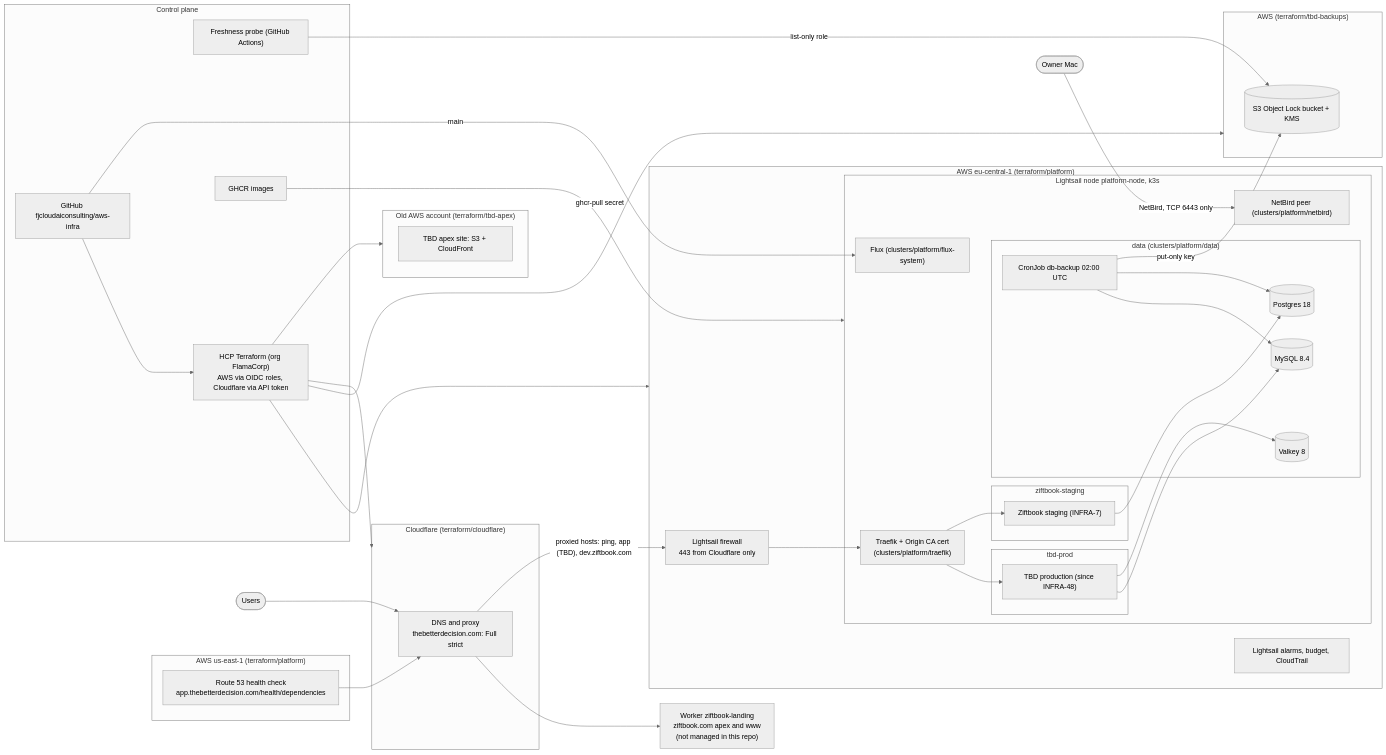
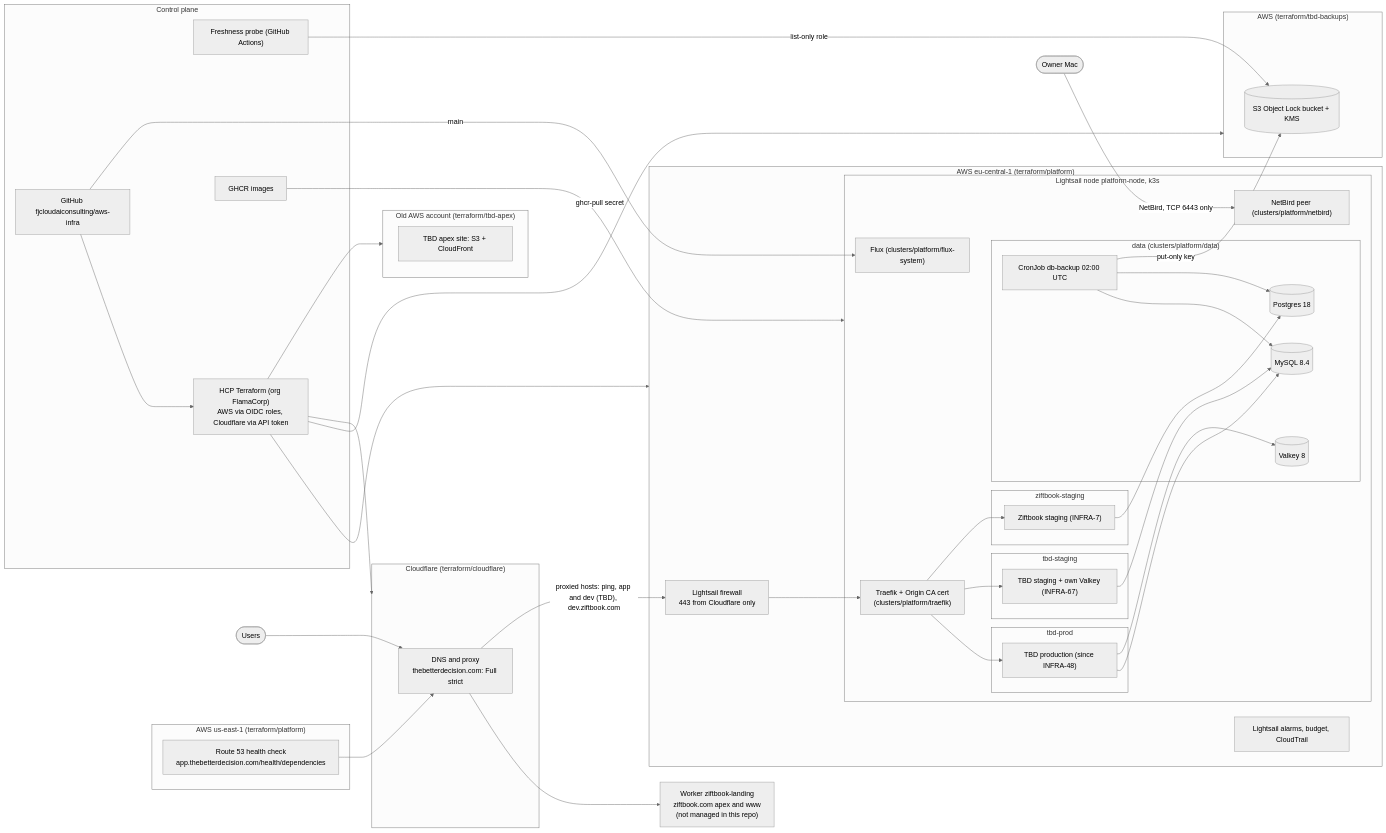
One commit to fjcloudaiconsulting/aws-infra changed the diagram in docs/architecture.md. Above: the diagram before and after it, drawn with Mermaid (neutral theme). The commit also changed other lines of this file and 16 other files, not shown here.

First line of the commit message:
feat(tbd-staging): TBD staging namespace at dev.thebetterdecision.com (INFRA-67) (#91)

````diff
--- a/docs/architecture.md
+++ b/docs/architecture.md
@@ -7,63 +7,67 @@
 ```mermaid
 flowchart LR
   user([Users]) --> cf
 
   subgraph cloudflare["Cloudflare (terraform/cloudflare)"]
     cf["DNS and proxy<br/>thebetterdecision.com: Full strict"]
   end
   worker["Worker ziftbook-landing<br/>ziftbook.com apex and www<br/>(not managed in this repo)"]
   cf --> worker
 
   subgraph aws_platform["AWS eu-central-1 (terraform/platform)"]
     fw["Lightsail firewall<br/>443 from Cloudflare only"]
     subgraph node["Lightsail node platform-node, k3s"]
       traefik["Traefik + Origin CA cert<br/>(clusters/platform/traefik)"]
       subgraph ns_tbd["tbd-prod"]
         tbdapp["TBD production (since INFRA-48)"]
       end
+      subgraph ns_tbds["tbd-staging"]
+        tbdstg["TBD staging + own Valkey (INFRA-67)"]
+      end
       subgraph ns_zif["ziftbook-staging"]
         zifapp["Ziftbook staging (INFRA-7)"]
       end
       subgraph ns_data["data (clusters/platform/data)"]
         mysql[("MySQL 8.4")]
         postgres[("Postgres 18")]
         valkey[("Valkey 8")]
         backup["CronJob db-backup 02:00 UTC"]
       end
       flux["Flux (clusters/platform/flux-system)"]
       netbird["NetBird peer (clusters/platform/netbird)"]
     end
     alarms["Lightsail alarms, budget, CloudTrail"]
   end
-  cf -->|"proxied hosts: ping, app (TBD), dev.ziftbook.com"| fw --> traefik
-  traefik --> tbdapp & zifapp
+  cf -->|"proxied hosts: ping, app and dev (TBD), dev.ziftbook.com"| fw --> traefik
+  traefik --> tbdapp & tbdstg & zifapp
   tbdapp --> mysql & valkey
+  tbdstg --> mysql
   zifapp --> postgres
   backup --> mysql & postgres
 
   subgraph aws_backups["AWS (terraform/tbd-backups)"]
     bucket[("S3 Object Lock bucket + KMS")]
   end
   backup -->|"put-only key"| bucket
   probe -->|"list-only role"| bucket
 
   subgraph useast["AWS us-east-1 (terraform/platform)"]
     hc["Route 53 health check<br/>app.thebetterdecision.com/health/dependencies"]
   end
   hc --> cf
 
   subgraph oldacct["Old AWS account (terraform/tbd-apex)"]
     apex["TBD apex site: S3 + CloudFront"]
   end
 
   subgraph control["Control plane"]
     gh["GitHub fjcloudaiconsulting/aws-infra"]
     tfc["HCP Terraform (org FlamaCorp)<br/>AWS via OIDC roles, Cloudflare via API token"]
     ghcr["GHCR images"]
     probe["Freshness probe (GitHub Actions)"]
   end
   gh --> tfc --> aws_platform & aws_backups & cloudflare & oldacct
   gh -->|"main"| flux
   ghcr -->|"ghcr-pull secret"| node
   owner([Owner Mac]) -->|"NetBird, TCP 6443 only"| netbird
 ```
````
